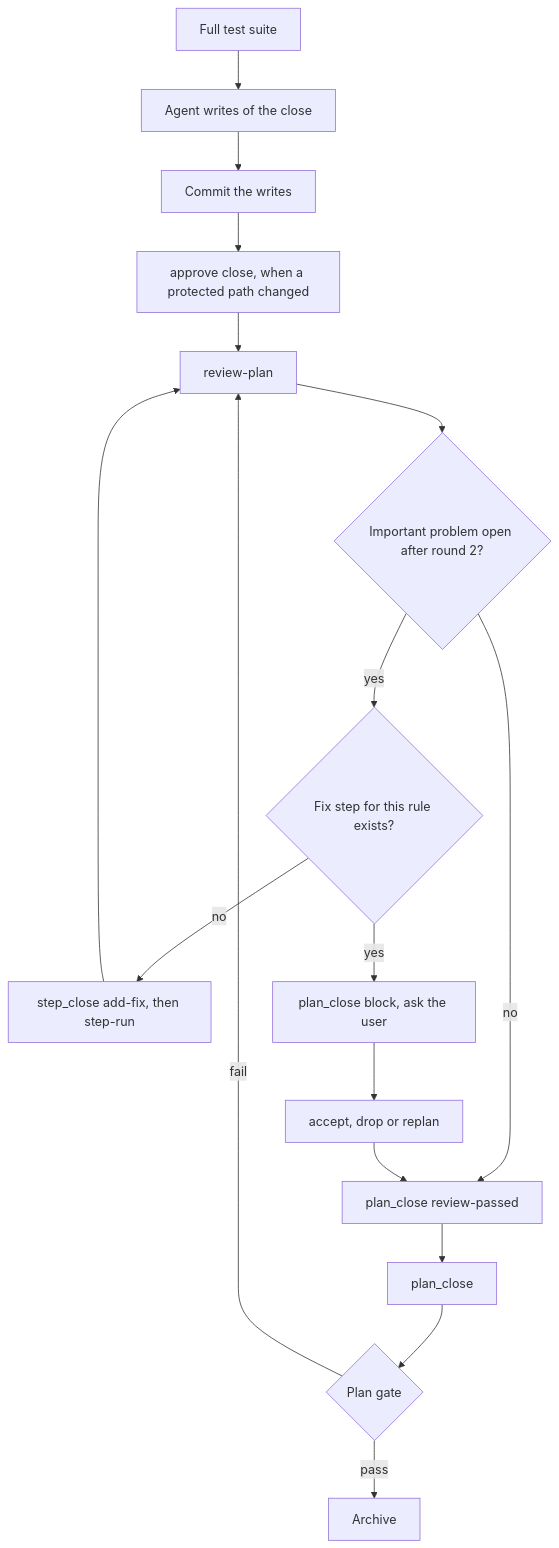
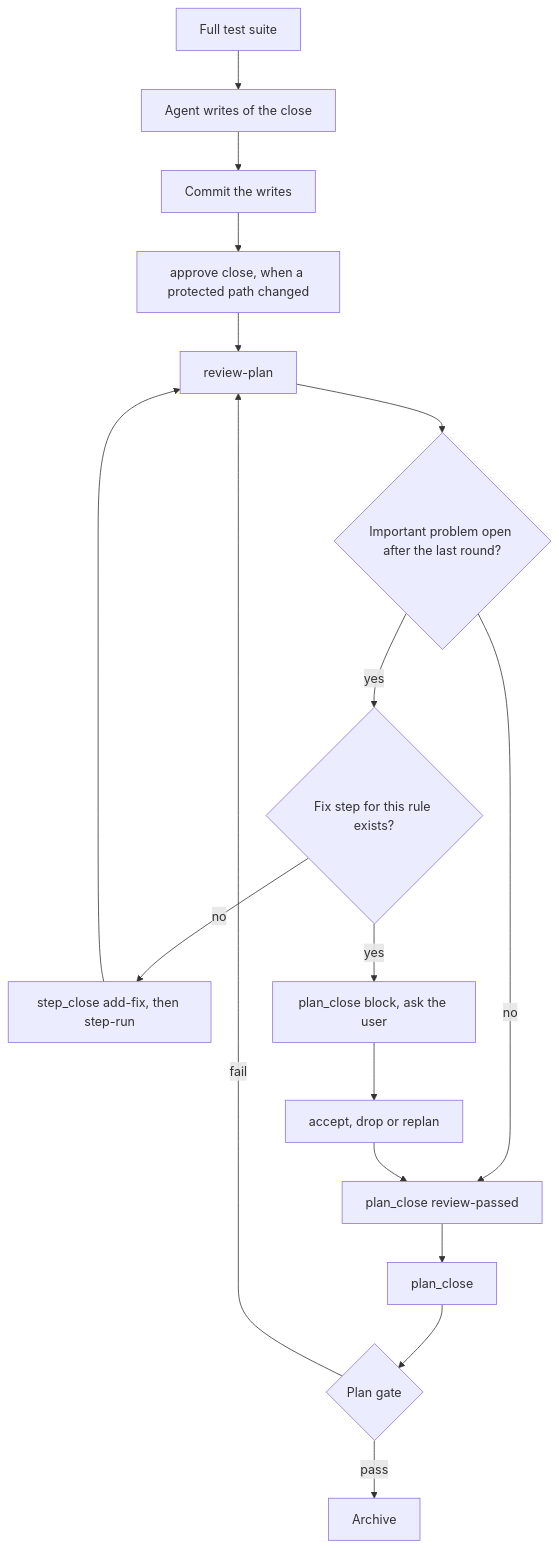
The seventh of 8 diagrams in docs/DOCS_CONVENTIONS.md (dskw/ai-template), drawn with Mermaid before and after one commit. The commit also changed other lines of this file and 43 other files, not shown here.

````diff
--- a/docs/DOCS_CONVENTIONS.md
+++ b/docs/DOCS_CONVENTIONS.md
@@ -396,19 +399,19 @@
 ```mermaid
 flowchart TD
     suite[Full test suite] --> writes[Agent writes of the close]
     writes --> commit[Commit the writes]
     commit --> approve[approve close, when a protected path changed]
     approve --> review[review-plan]
-    review --> important{Important problem open after round 2?}
+    review --> important{Important problem open after the last round?}
     important -->|no| passed[plan_close review-passed]
     important -->|yes| existing{Fix step for this rule exists?}
     existing -->|no| fix[step_close add-fix, then step-run]
     fix --> review
     existing -->|yes| block[plan_close block, ask the user]
     block --> choice[accept, drop or replan]
     choice --> passed
     passed --> close[plan_close]
     close --> gate{Plan gate}
     gate -->|fail| review
     gate -->|pass| done[Archive]
 ```
````
